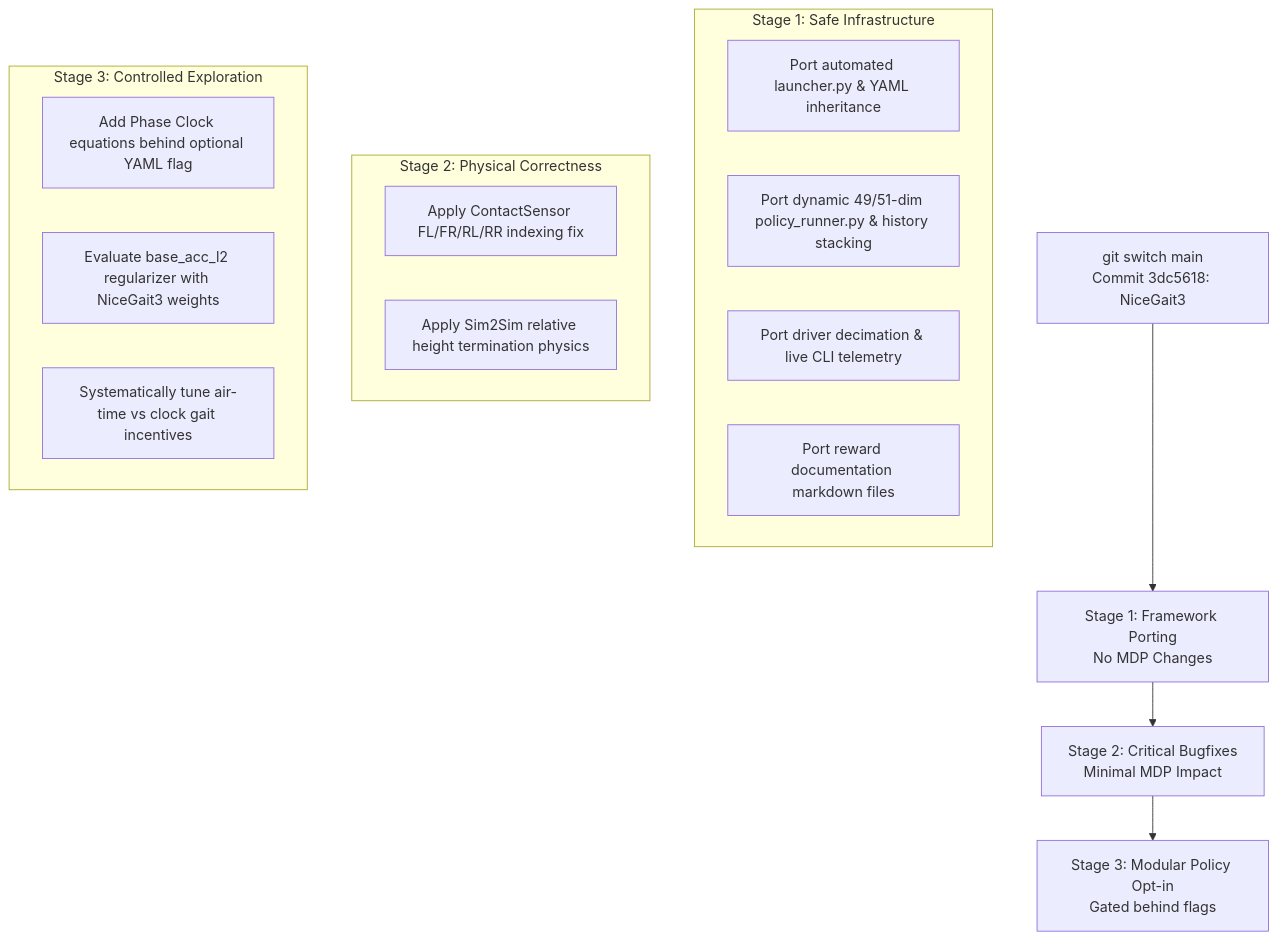
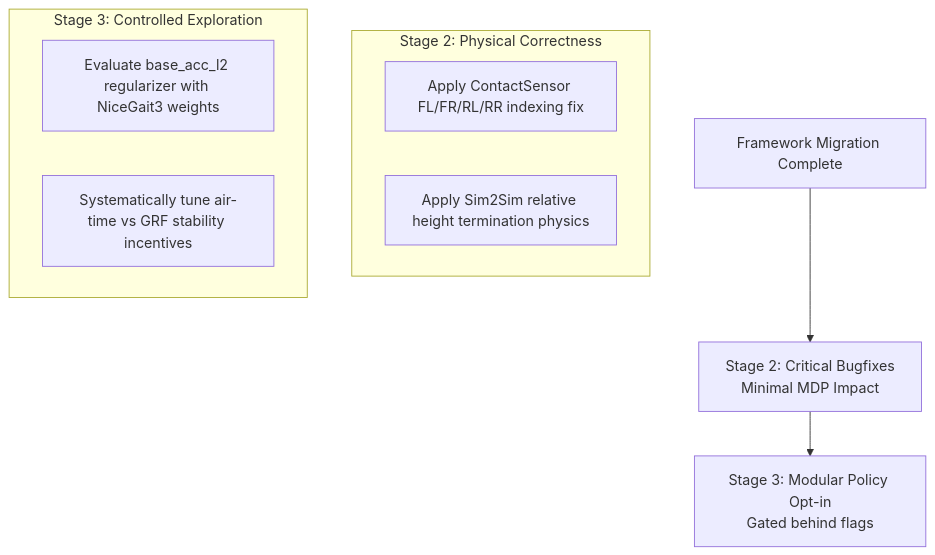
One commit to FelipeLenschow/Quadruped changed the diagram in post_nicegait3_analysis.md. Above: the diagram before and after it, drawn with Mermaid. The commit also changed other lines of this file, not shown here.

Commit message:
Update post_nicegait3_analysis.md to reflect completed framework migration

````diff
--- a/post_nicegait3_analysis.md
+++ b/post_nicegait3_analysis.md
@@ -89,24 +91,15 @@
 ```mermaid
 graph TD
-    A[git switch main<br/>Commit 3dc5618: NiceGait3] --> B[Stage 1: Framework Porting<br/>No MDP Changes]
-    B --> C[Stage 2: Critical Bugfixes<br/>Minimal MDP Impact]
+    A[Framework Migration Complete] --> C[Stage 2: Critical Bugfixes<br/>Minimal MDP Impact]
     C --> D[Stage 3: Modular Policy Opt-in<br/>Gated behind flags]
-    
-    subgraph Stage 1 [Stage 1: Safe Infrastructure]
-        B1[Port automated launcher.py & YAML inheritance]
-        B2[Port dynamic 49/51-dim policy_runner.py & history stacking]
-        B3[Port driver decimation & live CLI telemetry]
-        B4[Port reward documentation markdown files]
-    end
     
     subgraph Stage 2 [Stage 2: Physical Correctness]
         C1[Apply ContactSensor FL/FR/RL/RR indexing fix]
         C2[Apply Sim2Sim relative height termination physics]
     end
     
     subgraph Stage 3 [Stage 3: Controlled Exploration]
-        D1[Add Phase Clock equations behind optional YAML flag]
-        D2[Evaluate base_acc_l2 regularizer with NiceGait3 weights]
-        D3[Systematically tune air-time vs clock gait incentives]
+        D1[Evaluate base_acc_l2 regularizer with NiceGait3 weights]
+        D2[Systematically tune air-time vs GRF stability incentives]
     end
 ```
````
